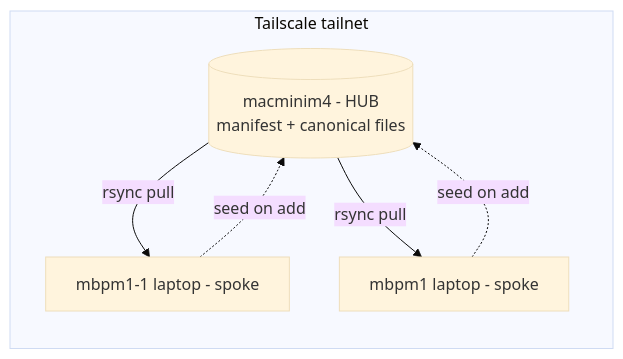
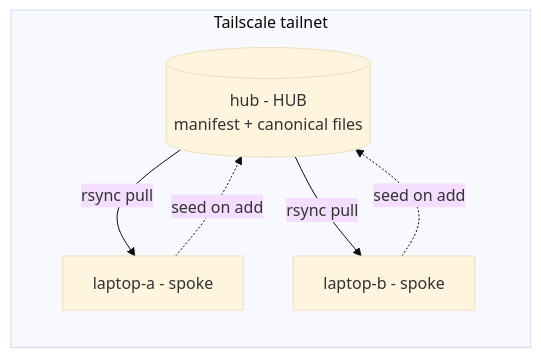
One commit to sgtkuncoro/ymir changed the diagram in docs/GUIDE.md. Above: the diagram before and after it, drawn with Mermaid (base theme). The commit also changed other lines of this file and 3 other files, not shown here.

````diff
--- a/docs/GUIDE.md
+++ b/docs/GUIDE.md
@@ -50,12 +50,12 @@
 ```mermaid
 flowchart LR
   subgraph Tailnet [Tailscale tailnet]
-    HUB[(macminim4 - HUB\nmanifest + canonical files)]
-    A[mbpm1-1 laptop - spoke]
-    B[mbpm1 laptop - spoke]
+    HUB[(hub - HUB\nmanifest + canonical files)]
+    A[laptop-a - spoke]
+    B[laptop-b - spoke]
   end
   HUB -- rsync pull --> A
   HUB -- rsync pull --> B
   A -. seed on add .-> HUB
   B -. seed on add .-> HUB
 ```
````
